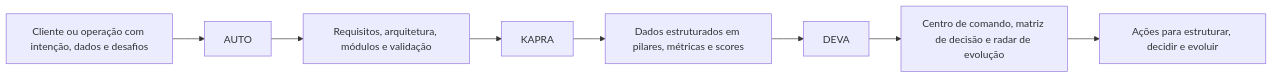
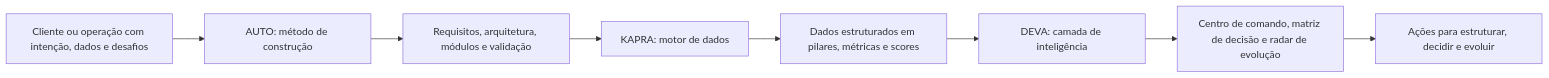
The first of 2 diagrams in profile/README.md (INNOVAI-LTDA/.github), drawn with Mermaid before and after one commit. The commit also changed other lines of this file, not shown here.

````diff
--- a/profile/README.md
+++ b/profile/README.md
@@ -122,10 +153,10 @@
 ```mermaid
 flowchart LR
-    A[Cliente ou operação com intenção, dados e desafios] --> B[AUTO]
-    B --> C[Requisitos, arquitetura, módulos e validação]
-    C --> D[KAPRA]
-    D --> E[Dados estruturados em pilares, métricas e scores]
-    E --> F[DEVA]
-    F --> G[Centro de comando, matriz de decisão e radar de evolução]
-    G --> H[Ações para estruturar, decidir e evoluir]
+    A["Cliente ou operação com intenção, dados e desafios"] --> B["AUTO: método de construção"]
+    B --> C["Requisitos, arquitetura, módulos e validação"]
+    C --> D["KAPRA: motor de dados"]
+    D --> E["Dados estruturados em pilares, métricas e scores"]
+    E --> F["DEVA: camada de inteligência"]
+    F --> G["Centro de comando, matriz de decisão e radar de evolução"]
+    G --> H["Ações para estruturar, decidir e evoluir"]
 ```
````
